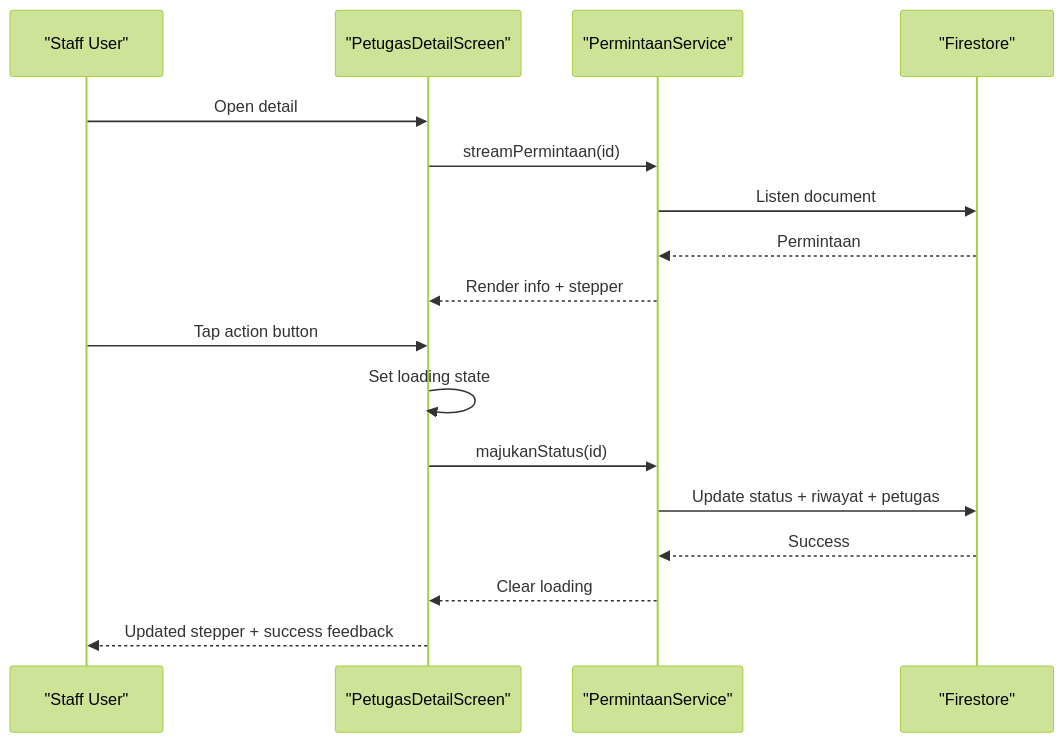
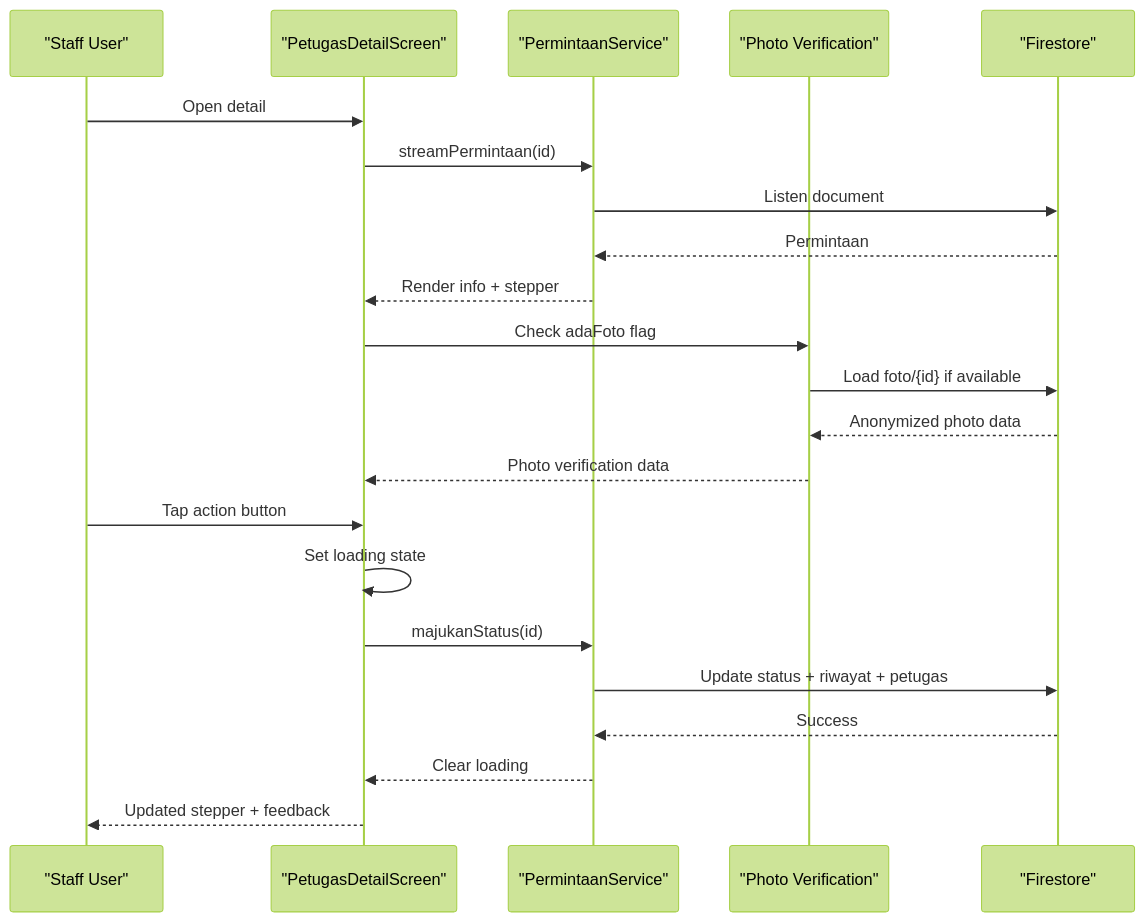
Before and after one commit to rdsarjito/whoosh-ramah: the fourth of 10 diagrams in .qoder/repowiki/en/content/Mobile Application/Staff Workflow/Staff Workflow.md, drawn with Mermaid (forest theme). The commit also changed other lines of this file and 68 other files, not shown here.

````diff
--- a/.qoder/repowiki/en/content/Mobile Application/Staff Workflow/Staff Workflow.md
+++ b/.qoder/repowiki/en/content/Mobile Application/Staff Workflow/Staff Workflow.md
@@ -245,19 +277,24 @@
 ```mermaid
 sequenceDiagram
 participant User as "Staff User"
 participant Detail as "PetugasDetailScreen"
 participant Service as "PermintaanService"
+participant PhotoSys as "Photo Verification"
 participant DB as "Firestore"
 User->>Detail : Open detail
 Detail->>Service : streamPermintaan(id)
 Service->>DB : Listen document
 DB-->>Service : Permintaan
 Service-->>Detail : Render info + stepper
+Detail->>PhotoSys : Check adaFoto flag
+PhotoSys->>DB : Load foto/{id} if available
+DB-->>PhotoSys : Anonymized photo data
+PhotoSys-->>Detail : Photo verification data
 User->>Detail : Tap action button
 Detail->>Detail : Set loading state
 Detail->>Service : majukanStatus(id)
 Service->>DB : Update status + riwayat + petugas
 DB-->>Service : Success
 Service-->>Detail : Clear loading
-Detail-->>User : Updated stepper + success feedback
+Detail-->>User : Updated stepper + feedback
 ```
````
